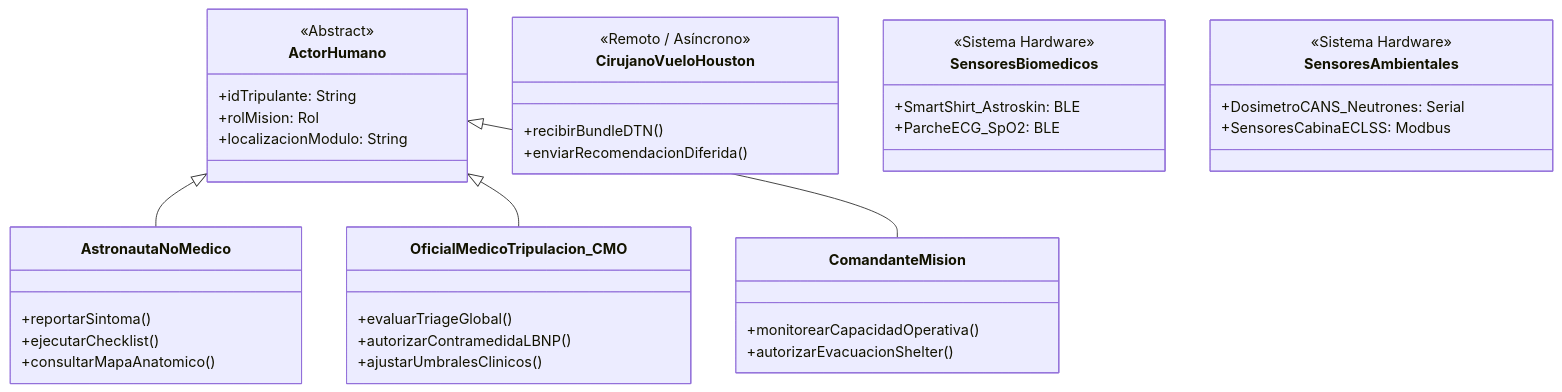
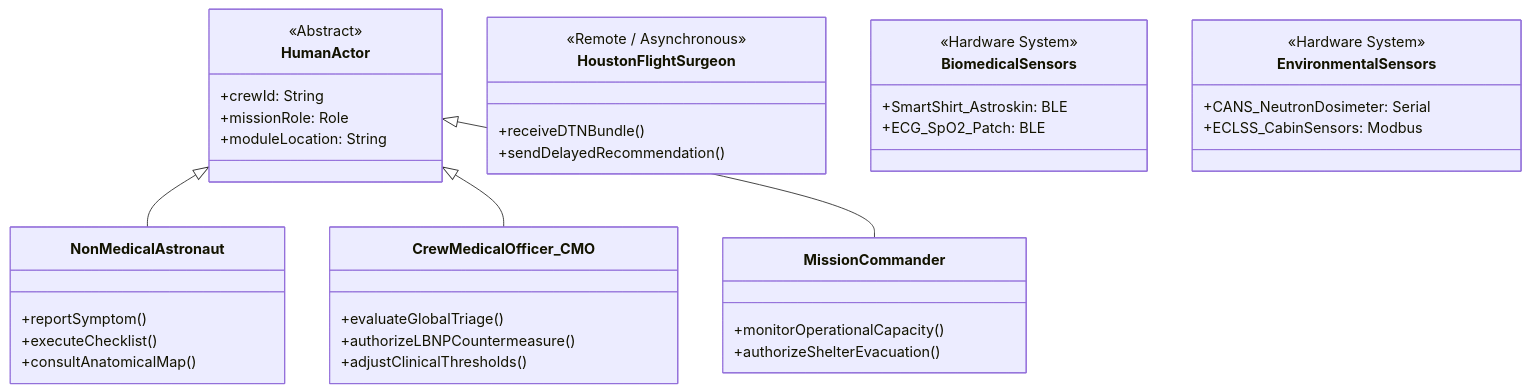
One commit to angelcontres/ASTHA-SpaceApps changed the first of 2 diagrams in docs/Casos-de-uso/README.md. Above: the diagram before and after it, drawn with Mermaid. The commit also changed other lines of this file and 46 other files, not shown here.

````diff
--- a/docs/Casos-de-uso/README.md
+++ b/docs/Casos-de-uso/README.md
@@ -22,42 +22,42 @@
 ```mermaid
 classDiagram
-    class ActorHumano {
+    class HumanActor {
         <<Abstract>>
-        +idTripulante: String
-        +rolMision: Rol
-        +localizacionModulo: String
+        +crewId: String
+        +missionRole: Role
+        +moduleLocation: String
     }
-    class AstronautaNoMedico {
-        +reportarSintoma()
-        +ejecutarChecklist()
-        +consultarMapaAnatomico()
+    class NonMedicalAstronaut {
+        +reportSymptom()
+        +executeChecklist()
+        +consultAnatomicalMap()
     }
-    class OficialMedicoTripulacion_CMO {
-        +evaluarTriageGlobal()
-        +autorizarContramedidaLBNP()
-        +ajustarUmbralesClinicos()
+    class CrewMedicalOfficer_CMO {
+        +evaluateGlobalTriage()
+        +authorizeLBNPCountermeasure()
+        +adjustClinicalThresholds()
     }
-    class ComandanteMision {
-        +monitorearCapacidadOperativa()
-        +autorizarEvacuacionShelter()
+    class MissionCommander {
+        +monitorOperationalCapacity()
+        +authorizeShelterEvacuation()
     }
-    class CirujanoVueloHouston {
-        <<Remoto / Asíncrono>>
-        +recibirBundleDTN()
-        +enviarRecomendacionDiferida()
+    class HoustonFlightSurgeon {
+        <<Remote / Asynchronous>>
+        +receiveDTNBundle()
+        +sendDelayedRecommendation()
     }
-    class SensoresBiomedicos {
-        <<Sistema Hardware>>
+    class BiomedicalSensors {
+        <<Hardware System>>
         +SmartShirt_Astroskin: BLE
-        +ParcheECG_SpO2: BLE
+        +ECG_SpO2_Patch: BLE
     }
-    class SensoresAmbientales {
-        <<Sistema Hardware>>
-        +DosimetroCANS_Neutrones: Serial
-        +SensoresCabinaECLSS: Modbus
+    class EnvironmentalSensors {
+        <<Hardware System>>
+        +CANS_NeutronDosimeter: Serial
+        +ECLSS_CabinSensors: Modbus
     }
 
-    ActorHumano <|-- AstronautaNoMedico
-    ActorHumano <|-- OficialMedicoTripulacion_CMO
-    ActorHumano <|-- ComandanteMision
+    HumanActor <|-- NonMedicalAstronaut
+    HumanActor <|-- CrewMedicalOfficer_CMO
+    HumanActor <|-- MissionCommander
 ```
````
